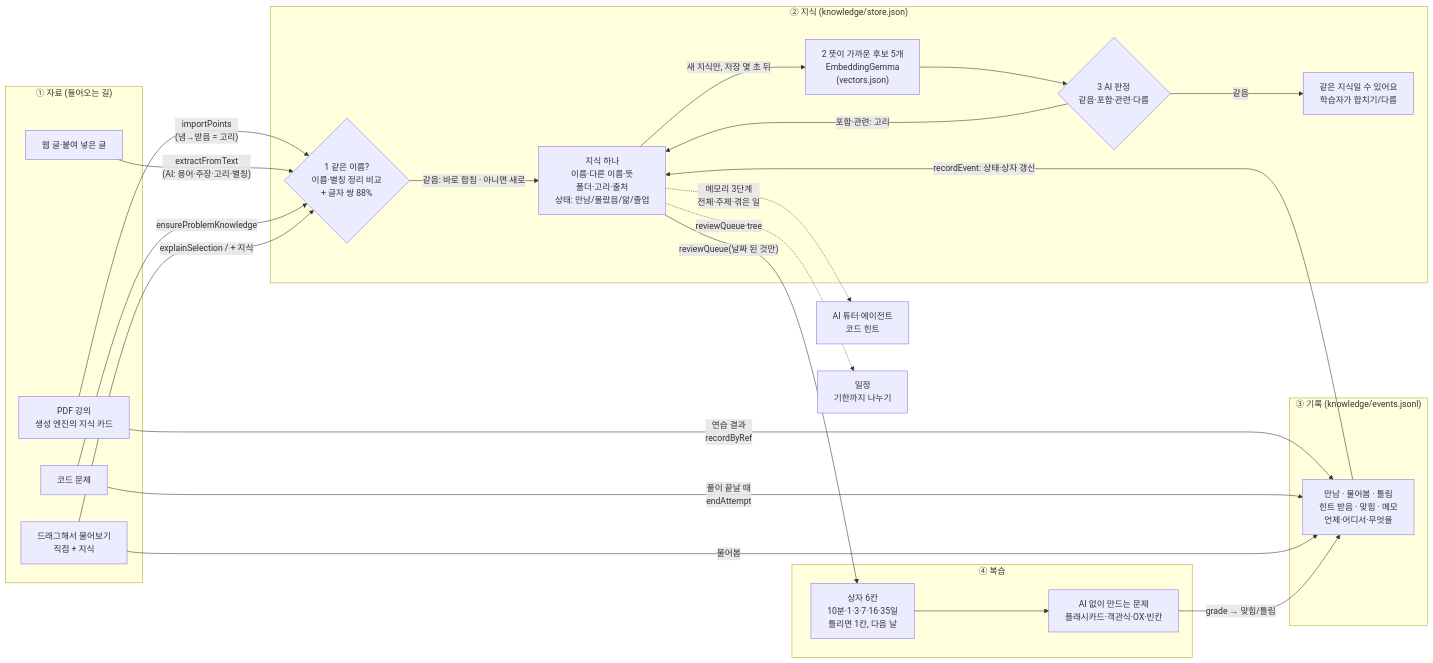
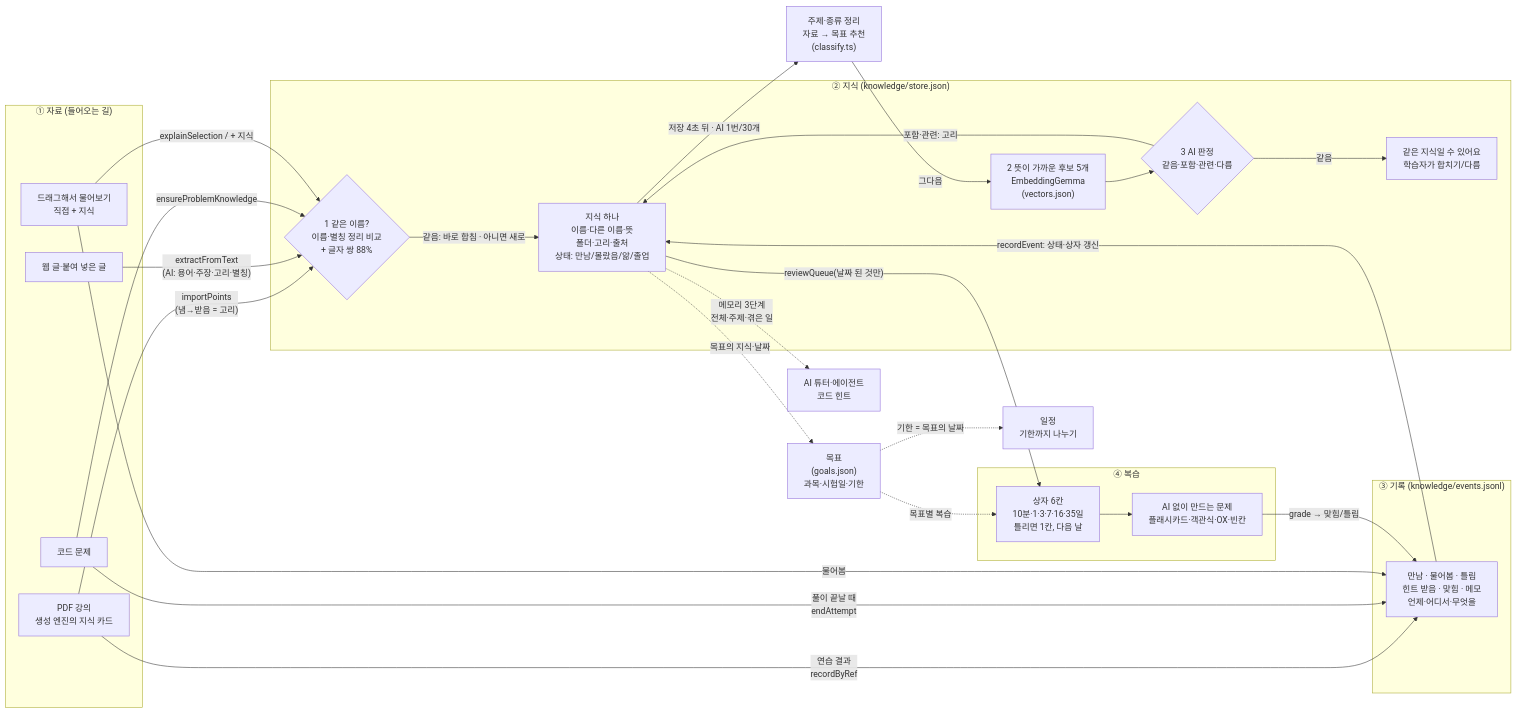
One commit to starvvolf/EasyMemory changed the diagram in docs/지식저장소_파이프라인.md. Above: the diagram before and after it, drawn with Mermaid. The commit also changed other lines of this file and 2 other files, not shown here.

````diff
--- a/docs/지식저장소_파이프라인.md
+++ b/docs/지식저장소_파이프라인.md
@@ -7,47 +7,50 @@
 ```mermaid
 flowchart LR
   subgraph IN["① 자료 (들어오는 길)"]
     PDF["PDF 강의<br/>생성 엔진의 지식 카드"]
     WEB["웹 글·붙여 넣은 글"]
     CODE["코드 문제"]
     ASK["드래그해서 물어보기<br/>직접 + 지식"]
   end
 
   subgraph KS["② 지식 (knowledge/store.json)"]
     SAME{"1 같은 이름?<br/>이름·별칭 정리 비교<br/>+ 글자 쌍 88%"}
     ITEM["지식 하나<br/>이름·다른 이름·뜻<br/>폴더·고리·출처<br/>상태: 만남/몰랐음/앎/졸업"]
     VEC["2 뜻이 가까운 후보 5개<br/>EmbeddingGemma<br/>(vectors.json)"]
     JUDGE{"3 AI 판정<br/>같음·포함·관련·다름"}
     DUP["같은 지식일 수 있어요<br/>학습자가 합치기/다름"]
   end
 
   subgraph EV["③ 기록 (knowledge/events.jsonl)"]
     E["만남 · 물어봄 · 틀림<br/>힌트 받음 · 맞힘 · 메모<br/>언제·어디서·무엇을"]
   end
 
   subgraph RV["④ 복습"]
     BOX["상자 6칸<br/>10분·1·3·7·16·35일<br/>틀리면 1칸, 다음 날"]
     Q["AI 없이 만드는 문제<br/>플래시카드·객관식·OX·빈칸"]
   end
 
   PDF -- "importPoints<br/>(냄→받음 = 고리)" --> SAME
   WEB -- "extractFromText<br/>(AI: 용어·주장·고리·별칭)" --> SAME
   CODE -- "ensureProblemKnowledge" --> SAME
   ASK -- "explainSelection / + 지식" --> SAME
   SAME -- "같음: 바로 합침 · 아니면 새로" --> ITEM
-  ITEM -- "새 지식만, 저장 몇 초 뒤" --> VEC
+  ITEM -- "저장 4초 뒤 · AI 1번/30개" --> CLS["주제·종류 정리<br/>자료 → 목표 추천<br/>(classify.ts)"]
+  CLS -- "그다음" --> VEC
   VEC --> JUDGE
   JUDGE -- "같음" --> DUP
   JUDGE -- "포함·관련: 고리" --> ITEM
 
   PDF -- "연습 결과<br/>recordByRef" --> E
   CODE -- "풀이 끝날 때<br/>endAttempt" --> E
   ASK -- "물어봄" --> E
   E -- "recordEvent: 상태·상자 갱신" --> ITEM
   ITEM -- "reviewQueue(날짜 된 것만)" --> BOX
   BOX --> Q
   Q -- "grade → 맞힘/틀림" --> E
 
   ITEM -. "메모리 3단계<br/>전체·주제·겪은 일" .-> AI["AI 튜터·에이전트<br/>코드 힌트"]
-  ITEM -. "reviewQueue·tree" .-> PLAN["일정<br/>기한까지 나누기"]
+  ITEM -. "목표의 지식·날짜" .-> GOAL["목표<br/>(goals.json)<br/>과목·시험일·기한"]
+  GOAL -. "목표별 복습" .-> BOX
+  GOAL -. "기한 = 목표의 날짜" .-> PLAN["일정<br/>기한까지 나누기"]
 ```
````
